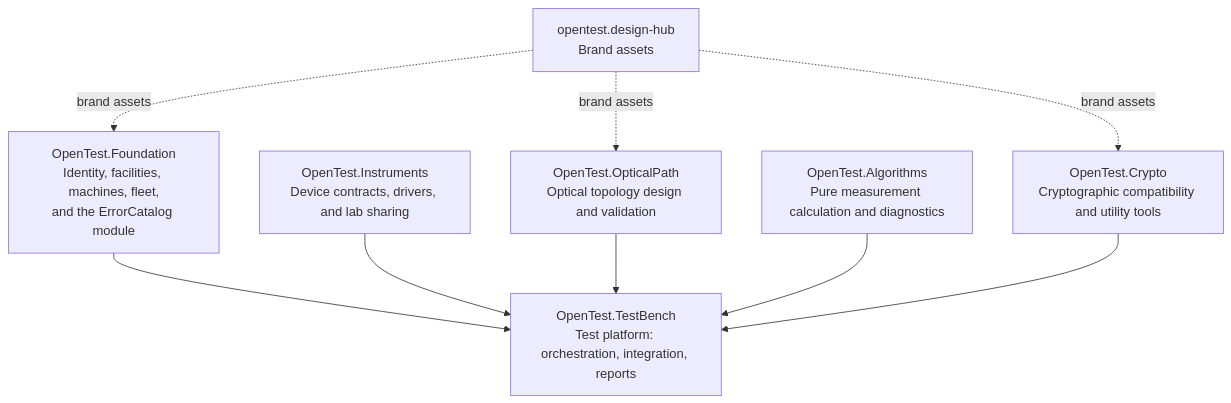
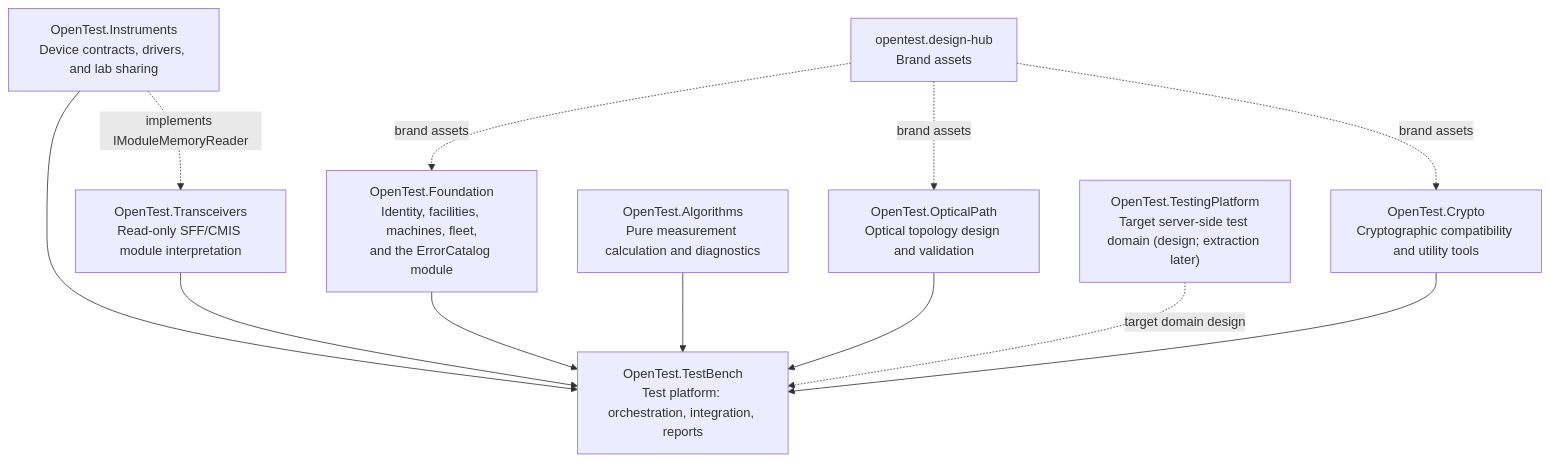
One commit to OpenTest-Labs/.github changed the diagram in profile/README.md. Above: the diagram before and after it, drawn with Mermaid. The commit also changed other lines of this file, not shown here.

````diff
--- a/profile/README.md
+++ b/profile/README.md
@@ -13,19 +13,24 @@
 ```mermaid
 flowchart TB
     FOUNDATION["OpenTest.Foundation<br/>Identity, facilities, machines, fleet,<br/>and the ErrorCatalog module"]
     INSTRUMENTS["OpenTest.Instruments<br/>Device contracts, drivers, and lab sharing"]
     OPTICAL["OpenTest.OpticalPath<br/>Optical topology design and validation"]
+    TRANSCEIVERS["OpenTest.Transceivers<br/>Read-only SFF/CMIS module interpretation"]
     ALGORITHMS["OpenTest.Algorithms<br/>Pure measurement calculation and diagnostics"]
     CRYPTO["OpenTest.Crypto<br/>Cryptographic compatibility and utility tools"]
     TESTBENCH["OpenTest.TestBench<br/>Test platform: orchestration, integration, reports"]
+    TESTING["OpenTest.TestingPlatform<br/>Target server-side test domain (design; extraction later)"]
     DESIGN["opentest.design-hub<br/>Brand assets"]
 
     DESIGN -. brand assets .-> FOUNDATION
     DESIGN -. brand assets .-> OPTICAL
     DESIGN -. brand assets .-> CRYPTO
     FOUNDATION --> TESTBENCH
     INSTRUMENTS --> TESTBENCH
     OPTICAL --> TESTBENCH
+    TRANSCEIVERS --> TESTBENCH
     ALGORITHMS --> TESTBENCH
     CRYPTO --> TESTBENCH
+    INSTRUMENTS -. "implements IModuleMemoryReader" .-> TRANSCEIVERS
+    TESTING -. "target domain design" .-> TESTBENCH
 ```
````
